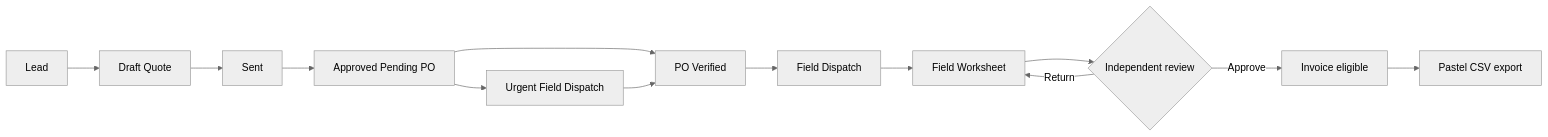
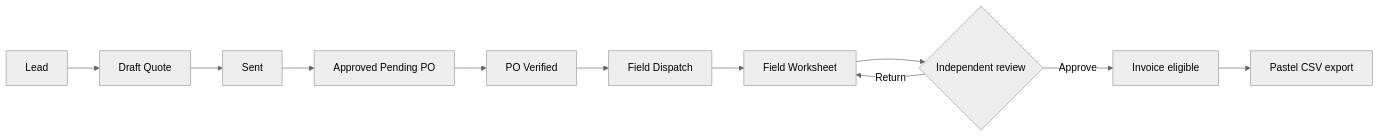
The first of 2 diagrams in ORAC_IOS_SYSTEM_HANDOVER.md (brianlupao123/orac-portal-api), drawn with Mermaid (neutral theme) before and after one commit. The commit also changed other lines of this file and 136 other files, not shown here.

````diff
--- a/ORAC_IOS_SYSTEM_HANDOVER.md
+++ b/ORAC_IOS_SYSTEM_HANDOVER.md
@@ -74,15 +106,13 @@
 ```mermaid
 flowchart LR
   Lead --> Draft[Draft Quote]
   Draft --> Sent
   Sent --> Approved[Approved Pending PO]
   Approved --> Verified[PO Verified]
   Verified --> Dispatch[Field Dispatch]
-  Approved --> Urgent[Urgent Field Dispatch]
-  Urgent --> Verified
   Dispatch --> Worksheet[Field Worksheet]
   Worksheet --> Review{Independent review}
   Review -->|Return| Worksheet
   Review -->|Approve| Invoice[Invoice eligible]
   Invoice --> Pastel[Pastel CSV export]
 ```
````
